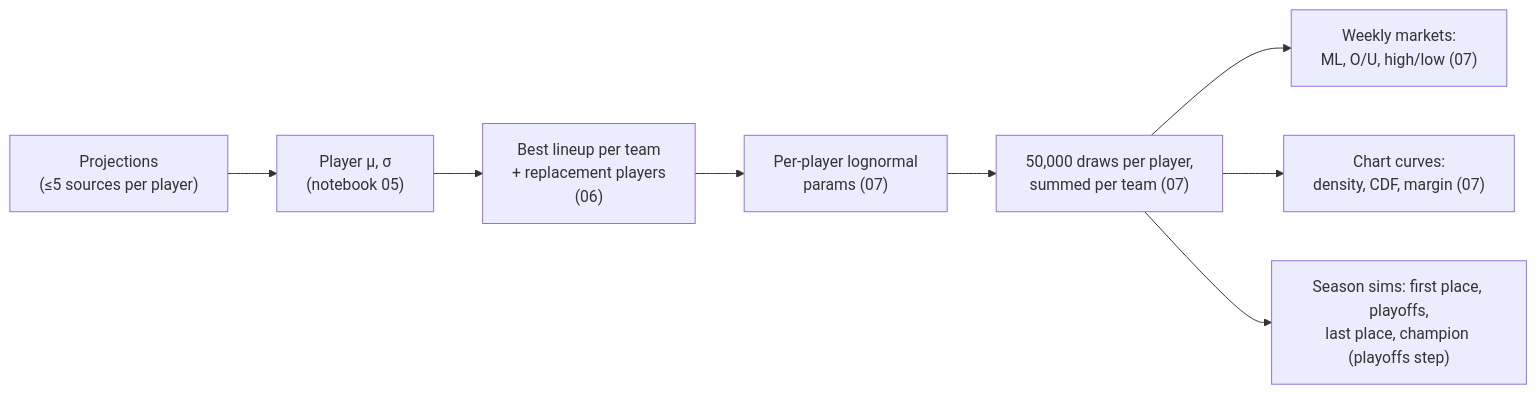
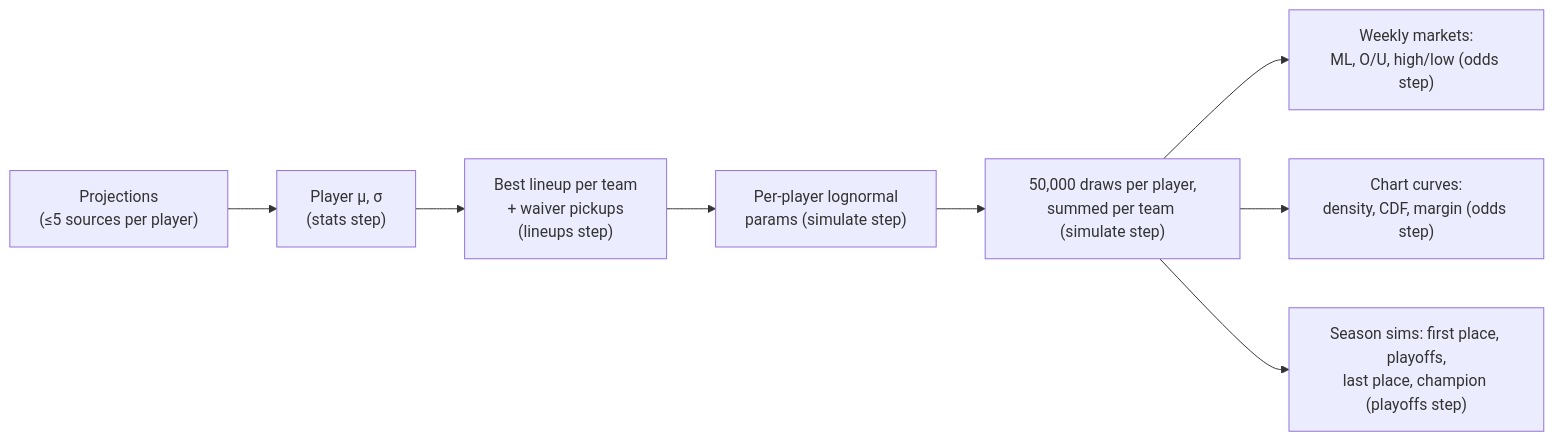
The diagram in docs/architecture/03-modeling-and-odds.md (sfaizi24/TNCasino), drawn with Mermaid before and after one commit. The commit also changed other lines of this file and 3 other files, not shown here.

````diff
--- a/docs/architecture/03-modeling-and-odds.md
+++ b/docs/architecture/03-modeling-and-odds.md
@@ -5,10 +5,10 @@
 ```mermaid
 flowchart LR
-    P["Projections<br/>(≤5 sources per player)"] --> S["Player μ, σ<br/>(notebook 05)"]
-    S --> L["Best lineup per team<br/>+ replacement players<br/>(06)"]
-    L --> LN["Per-player lognormal<br/>params (07)"]
-    LN --> SIM["50,000 draws per player,<br/>summed per team (07)"]
-    SIM --> MK["Weekly markets:<br/>ML, O/U, high/low (07)"]
-    SIM --> CV["Chart curves:<br/>density, CDF, margin (07)"]
+    P["Projections<br/>(≤5 sources per player)"] --> S["Player μ, σ<br/>(stats step)"]
+    S --> L["Best lineup per team<br/>+ waiver pickups<br/>(lineups step)"]
+    L --> LN["Per-player lognormal<br/>params (simulate step)"]
+    LN --> SIM["50,000 draws per player,<br/>summed per team (simulate step)"]
+    SIM --> MK["Weekly markets:<br/>ML, O/U, high/low (odds step)"]
+    SIM --> CV["Chart curves:<br/>density, CDF, margin (odds step)"]
     SIM --> ST["Season sims: first place, playoffs,<br/>last place, champion (playoffs step)"]
 ```
````
